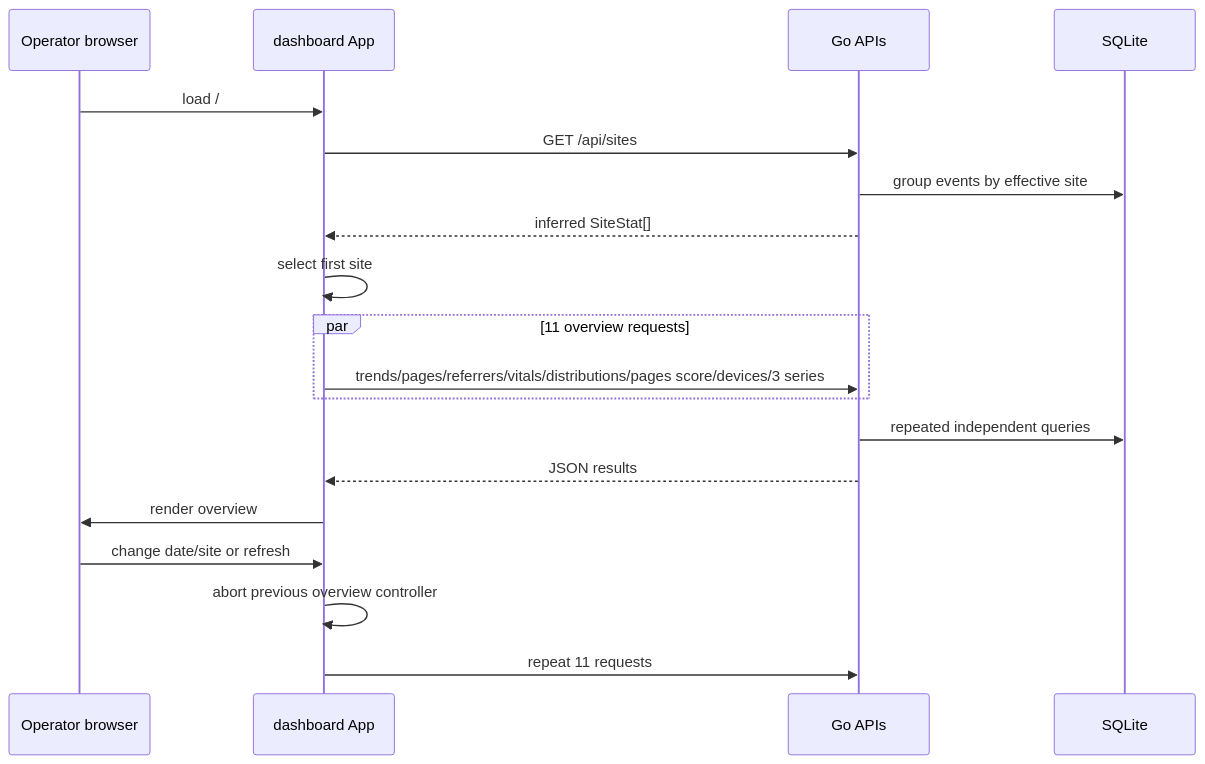
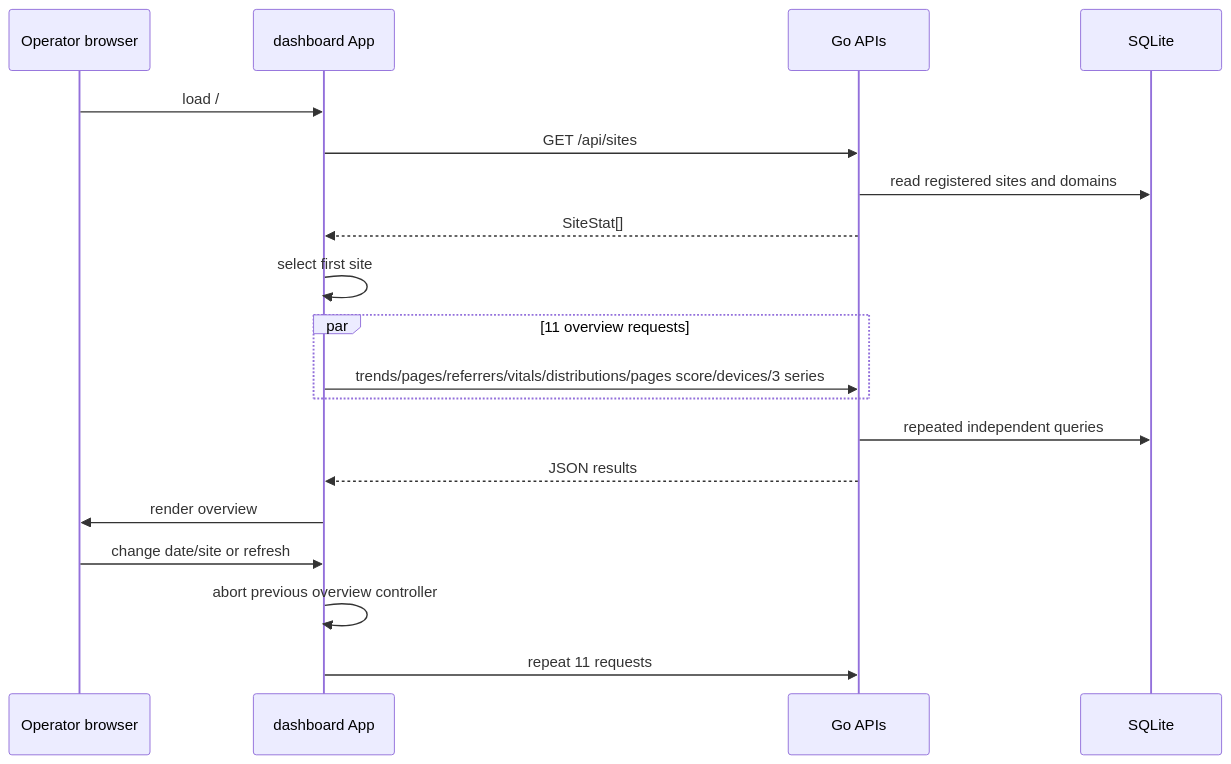
The second of 2 diagrams in docs/02_RUNTIME_JOURNEYS_AND_FRONTEND.md (VatsalP117/iris), drawn with Mermaid before and after one commit. The commit also changed other lines of this file and 10 other files, not shown here.

Commit message:
Document Iris v2 data architecture

````diff
--- a/docs/02_RUNTIME_JOURNEYS_AND_FRONTEND.md
+++ b/docs/02_RUNTIME_JOURNEYS_AND_FRONTEND.md
@@ -106,21 +120,21 @@
 ```mermaid
 sequenceDiagram
     participant B as Operator browser
     participant App as dashboard App
     participant API as Go APIs
     participant DB as SQLite
     B->>App: load /
     App->>API: GET /api/sites
-    API->>DB: group events by effective site
-    API-->>App: inferred SiteStat[]
+    API->>DB: read registered sites and domains
+    API-->>App: SiteStat[]
     App->>App: select first site
     par 11 overview requests
       App->>API: trends/pages/referrers/vitals/distributions/pages score/devices/3 series
     end
     API->>DB: repeated independent queries
     API-->>App: JSON results
     App->>B: render overview
     B->>App: change date/site or refresh
     App->>App: abort previous overview controller
     App->>API: repeat 11 requests
 ```
````
